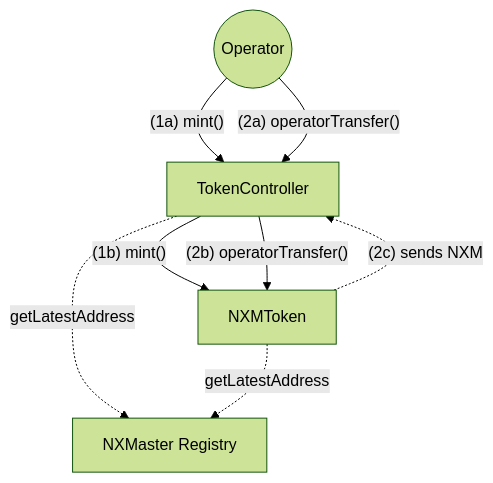
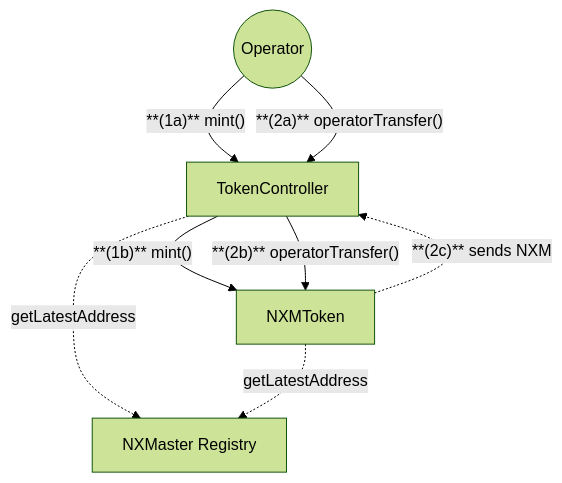
One commit to NexusMutual/smart-contracts changed the second of 2 diagrams in docs/diagrams/contracts/token.md. Above: the diagram before and after it, drawn with Mermaid (forest theme). The commit also changed other lines of this file and 9 other files, not shown here.

Commit message:
docs: update diagrams docs

````diff
--- a/docs/diagrams/contracts/token.md
+++ b/docs/diagrams/contracts/token.md
@@ -31,21 +31,21 @@
 ```mermaid
 graph TD
     %% Users
     Operator(("Operator"))
 
     %% Contracts
     TokenController["TokenController"]
     NXMToken["NXMToken"]
     NXMaster["NXMaster Registry"]
 
     %% Operator interactions
-    Operator -->|"(1a) mint()"| TokenController
-    TokenController -->|"(1b) mint()"| NXMToken
-    Operator -->|"(2a) operatorTransfer()"| TokenController
-    TokenController -->|"(2b) operatorTransfer()"| NXMToken
-    NXMToken -.->|"(2c) sends NXM"| TokenController
+    Operator -->|"**(1a)** mint()"| TokenController
+    TokenController -->|"**(1b)** mint()"| NXMToken
+    Operator -->|"**(2a)** operatorTransfer()"| TokenController
+    TokenController -->|"**(2b)** operatorTransfer()"| NXMToken
+    NXMToken -.->|"**(2c)** sends NXM"| TokenController
 
     %% Contract Registry interactions
     TokenController -.->|"getLatestAddress"| NXMaster
     NXMToken -.->|"getLatestAddress"| NXMaster
 ```
````
